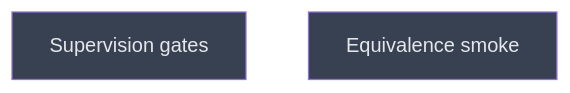
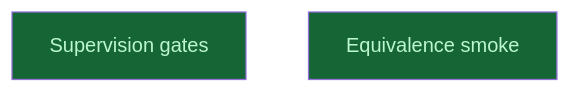
The diagram in __roadmap__/m2b-execution-parity/runs/jobs/cli/closeout/README.md (CrackingShells/Candler), drawn with Mermaid before and after one commit. The commit also changed other lines of this file and 7 other files, not shown here.

````diff
--- a/__roadmap__/m2b-execution-parity/runs/jobs/cli/closeout/README.md
+++ b/__roadmap__/m2b-execution-parity/runs/jobs/cli/closeout/README.md
@@ -19,10 +19,10 @@
 ```mermaid
 graph TD
-    supervision_gates[Supervision gates]:::planned
-    equivalence_smoke[Equivalence smoke]:::planned
+    supervision_gates[Supervision gates]:::done
+    equivalence_smoke[Equivalence smoke]:::done
     classDef done       fill:#166534,color:#bbf7d0
     classDef inprogress fill:#854d0e,color:#fef08a
     classDef planned    fill:#374151,color:#e5e7eb
     classDef amendment  fill:#1e3a5f,color:#bfdbfe
     classDef blocked    fill:#7f1d1d,color:#fecaca
 ```
````
